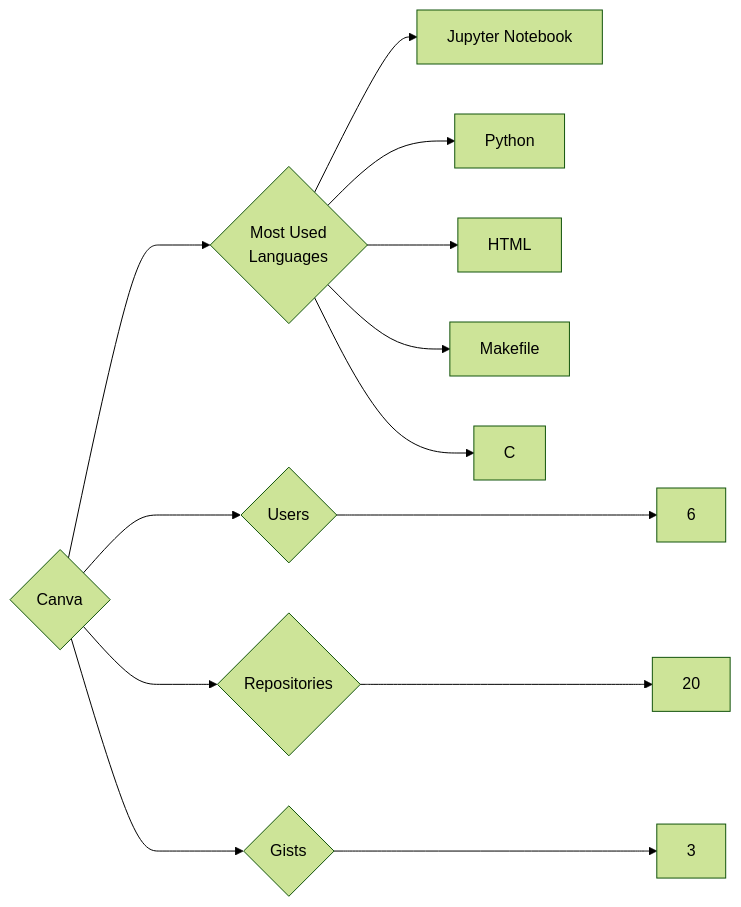
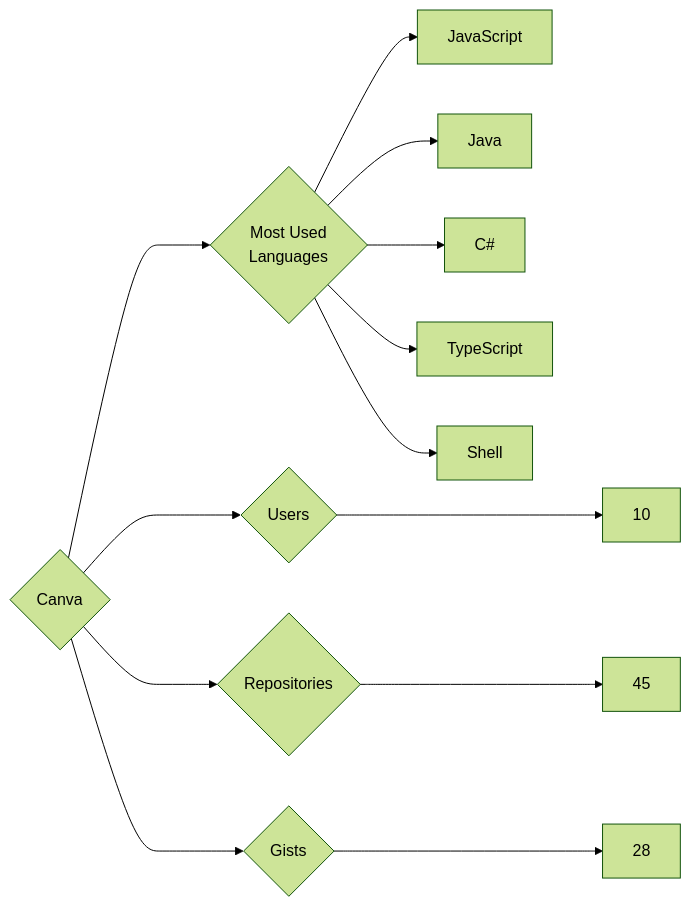
The diagram in targets/Canva/README.md (trickest/insiders), drawn with Mermaid (forest theme) before and after one commit. The commit also changed 880 other files, not shown here.

````diff
--- a/targets/Canva/README.md
+++ b/targets/Canva/README.md
@@ -3,13 +3,13 @@
 ```mermaid
 graph LR
 COMPANY_NAME{Canva}
-COMPANY_NAME ---> U{Users} ---> UN[6]
-COMPANY_NAME ---> R{Repositories} ---> RN[20]
-COMPANY_NAME ---> G{Gists} ---> GN[3]
+COMPANY_NAME ---> U{Users} ---> UN[10]
+COMPANY_NAME ---> R{Repositories} ---> RN[45]
+COMPANY_NAME ---> G{Gists} ---> GN[28]
 COMPANY_NAME ---> ML{Most Used<br>Languages}
-ML --> Jupyter_Notebook[Jupyter Notebook]
-ML --> Python[Python]
-ML --> HTML[HTML]
-ML --> Makefile[Makefile]
-ML --> C[C]
+ML --> JavaScript[JavaScript]
+ML --> Java[Java]
+ML --> C#[C#]
+ML --> TypeScript[TypeScript]
+ML --> Shell[Shell]
 ```
````
